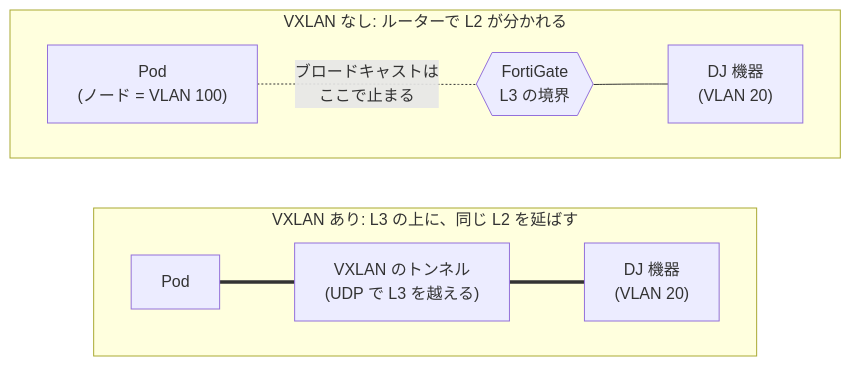
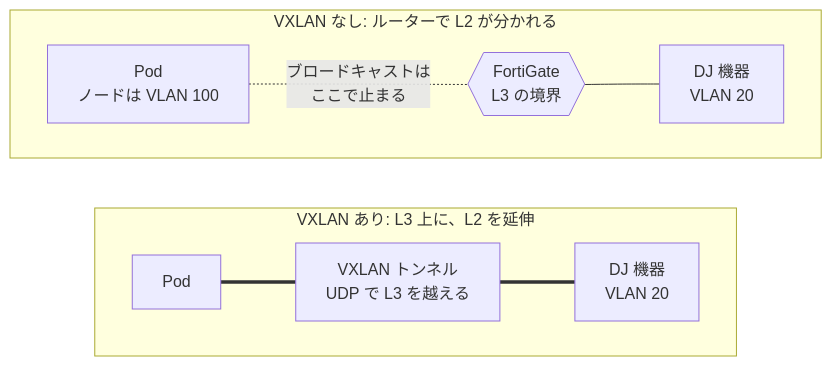
The first of 3 diagrams in docs/content/computing/vxlan.mdx (TechnoTUT/Infra), drawn with Mermaid before and after one commit. The commit also changed other lines of this file, not shown here.

First line of the commit message:
docs(vxlan): trim packet, forwarding and troubleshooting from the protocol section (#123)

````diff
--- a/docs/content/computing/vxlan.mdx
+++ b/docs/content/computing/vxlan.mdx
@@ -25,19 +25,19 @@
 ```mermaid
 flowchart TB
   subgraph before["VXLAN なし: ルーターで L2 が分かれる"]
     direction LR
-    p1["Pod<br/>(ノード = VLAN 100)"]
+    p1["Pod<br/>ノードは VLAN 100"]
     r1{{"FortiGate<br/>L3 の境界"}}
-    d1["DJ 機器<br/>(VLAN 20)"]
+    d1["DJ 機器<br/>VLAN 20"]
     p1 -. "ブロードキャストは<br/>ここで止まる" .- r1
     r1 --- d1
   end
-  subgraph after["VXLAN あり: L3 の上に、同じ L2 を延ばす"]
+  subgraph after["VXLAN あり: L3 上に、L2 を延伸"]
     direction LR
     p2["Pod"]
-    t["VXLAN のトンネル<br/>(UDP で L3 を越える)"]
-    d2["DJ 機器<br/>(VLAN 20)"]
+    t["VXLAN トンネル<br/>UDP で L3 を越える"]
+    d2["DJ 機器<br/>VLAN 20"]
     p2 === t === d2
   end
   before ~~~ after
 ```
````
